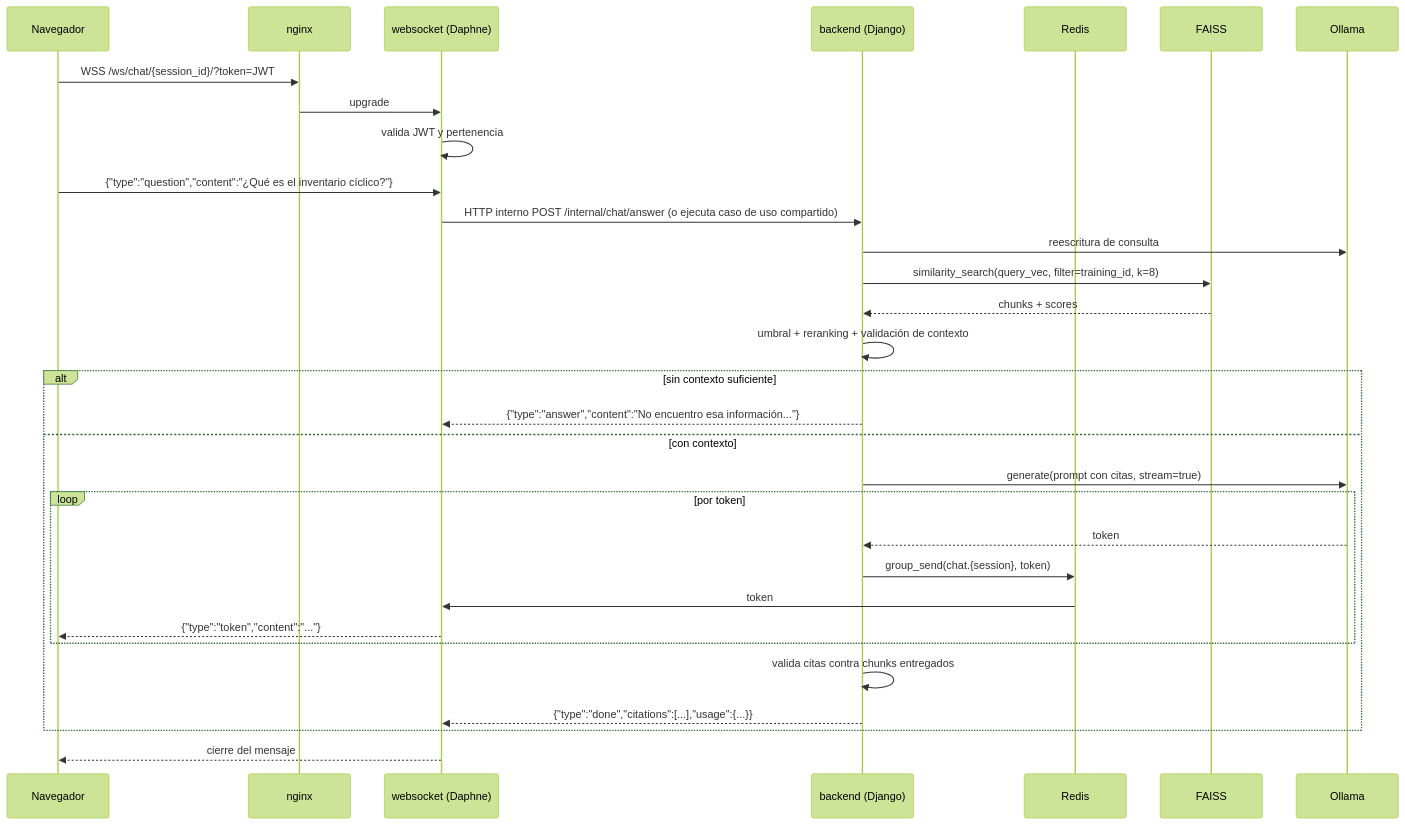
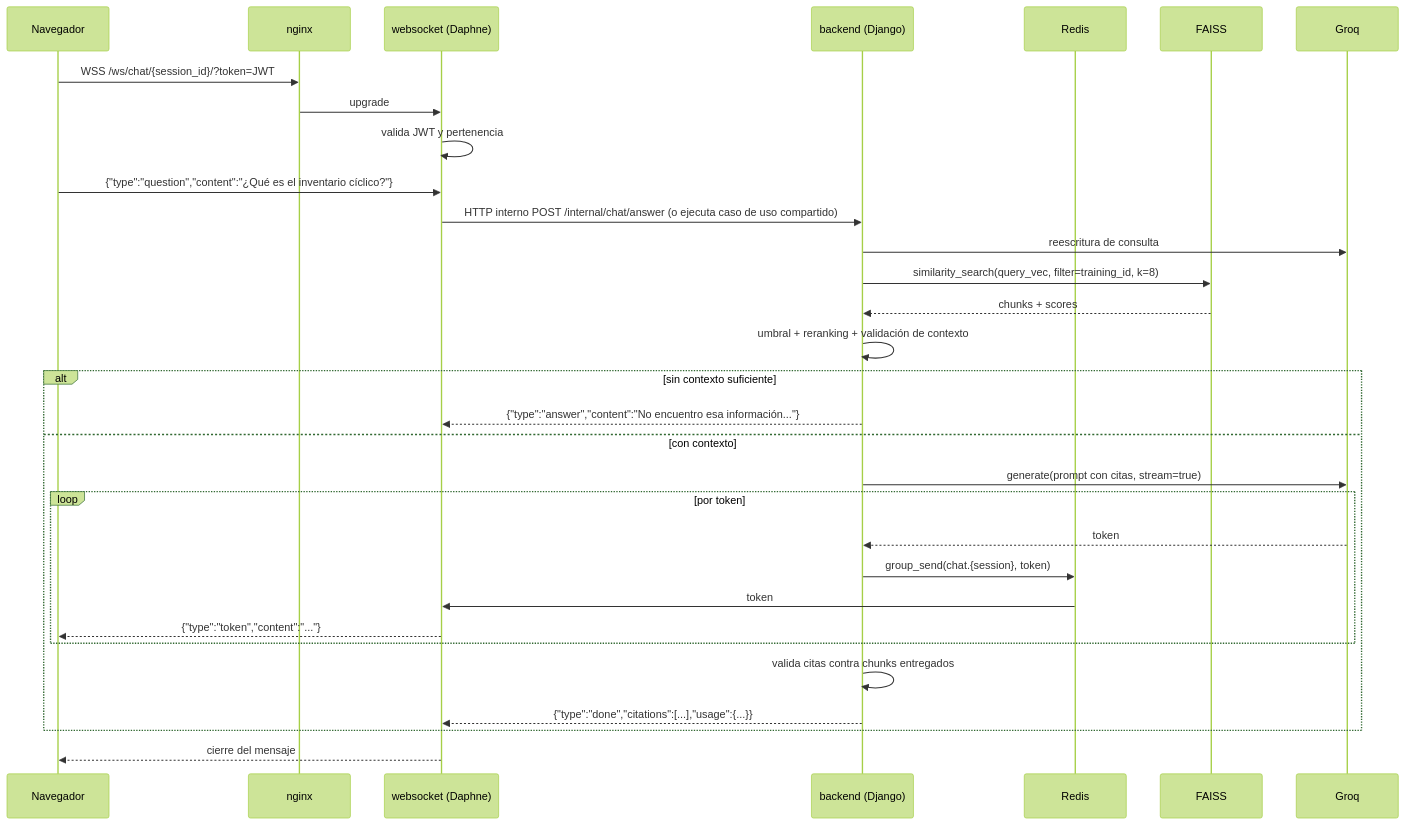
Before and after one commit to YoAndres2001/Capacitacion_IA: the fifth of 7 diagrams in docs/05-arquitectura.md, drawn with Mermaid (forest theme). The commit also changed other lines of this file and 118 other files, not shown here.

````diff
--- a/docs/05-arquitectura.md
+++ b/docs/05-arquitectura.md
@@ -232,34 +233,34 @@
 ```mermaid
 sequenceDiagram
     participant U as Navegador
     participant N as nginx
     participant WS as websocket (Daphne)
     participant API as backend (Django)
     participant R as Redis
     participant F as FAISS
-    participant L as Ollama
+    participant L as Groq
 
     U->>N: WSS /ws/chat/{session_id}/?token=JWT
     N->>WS: upgrade
     WS->>WS: valida JWT y pertenencia
     U->>WS: {"type":"question","content":"¿Qué es el inventario cíclico?"}
     WS->>API: HTTP interno POST /internal/chat/answer (o ejecuta caso de uso compartido)
     API->>L: reescritura de consulta
     API->>F: similarity_search(query_vec, filter=training_id, k=8)
     F-->>API: chunks + scores
     API->>API: umbral + reranking + validación de contexto
     alt sin contexto suficiente
         API-->>WS: {"type":"answer","content":"No encuentro esa información..."}
     else con contexto
         API->>L: generate(prompt con citas, stream=true)
         loop por token
             L-->>API: token
             API->>R: group_send(chat.{session}, token)
             R->>WS: token
             WS-->>U: {"type":"token","content":"..."}
         end
         API->>API: valida citas contra chunks entregados
         API-->>WS: {"type":"done","citations":[...],"usage":{...}}
     end
     WS-->>U: cierre del mensaje
 ```
````
